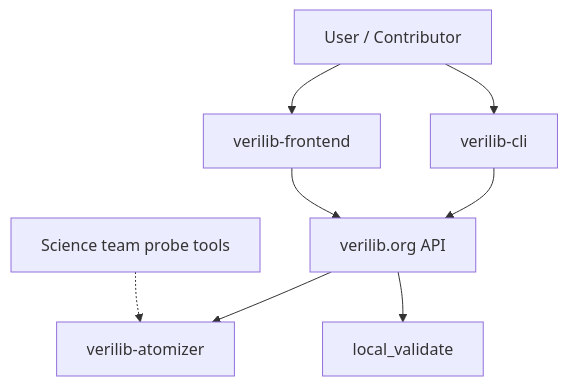
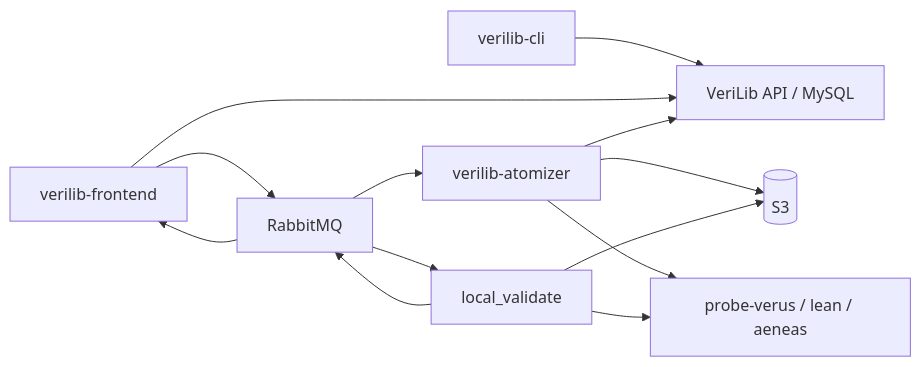
One commit to avrevic/engineering-docs-demo changed the diagram in docs/architecture/system-map.md. Above: the diagram before and after it, drawn with Mermaid. The commit also changed other lines of this file and 4 other files, not shown here.

First line of the commit message:
Synthesize architecture and repo list from the four platform repos.

````diff
--- a/docs/architecture/system-map.md
+++ b/docs/architecture/system-map.md
@@ -22,18 +22,24 @@
 ```mermaid
-flowchart TB
-  user[User / Contributor]
+flowchart LR
+  cli[verilib-cli]
   frontend[verilib-frontend]
-  cli[verilib-cli]
+  api[VeriLib API / MySQL]
+  mq[RabbitMQ]
+  s3[(S3)]
   atomizer[verilib-atomizer]
   cert[local_validate]
-  api[verilib.org API]
-  science[Science team probe tools]
+  probes[probe-verus / lean / aeneas]
 
-  user --> frontend
-  user --> cli
   cli --> api
   frontend --> api
-  api --> atomizer
-  api --> cert
-  science -.-> atomizer
+  frontend --> mq
+  mq --> atomizer
+  mq --> cert
+  atomizer --> s3
+  atomizer --> probes
+  atomizer --> api
+  cert --> s3
+  cert --> probes
+  cert --> mq
+  mq --> frontend
 ```
````
